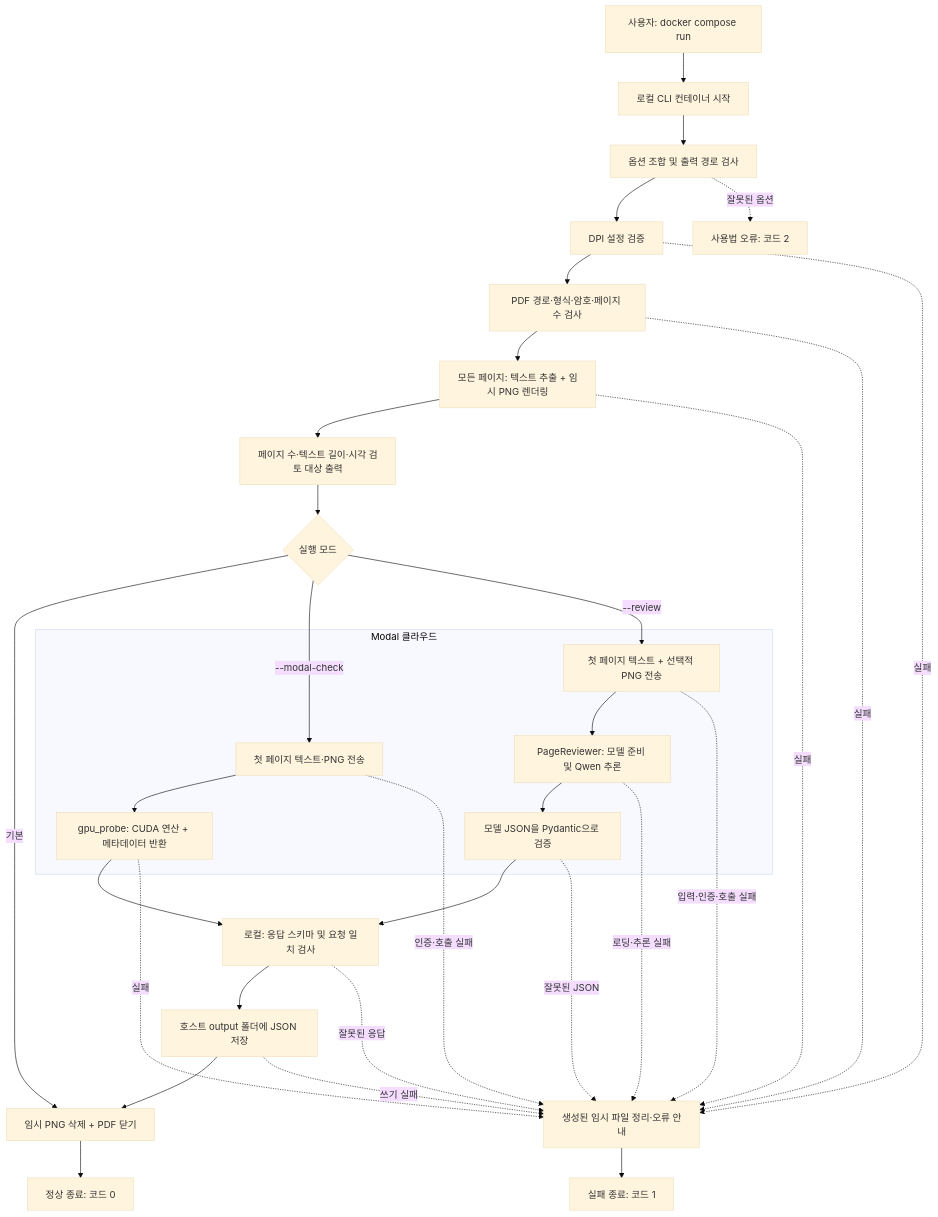
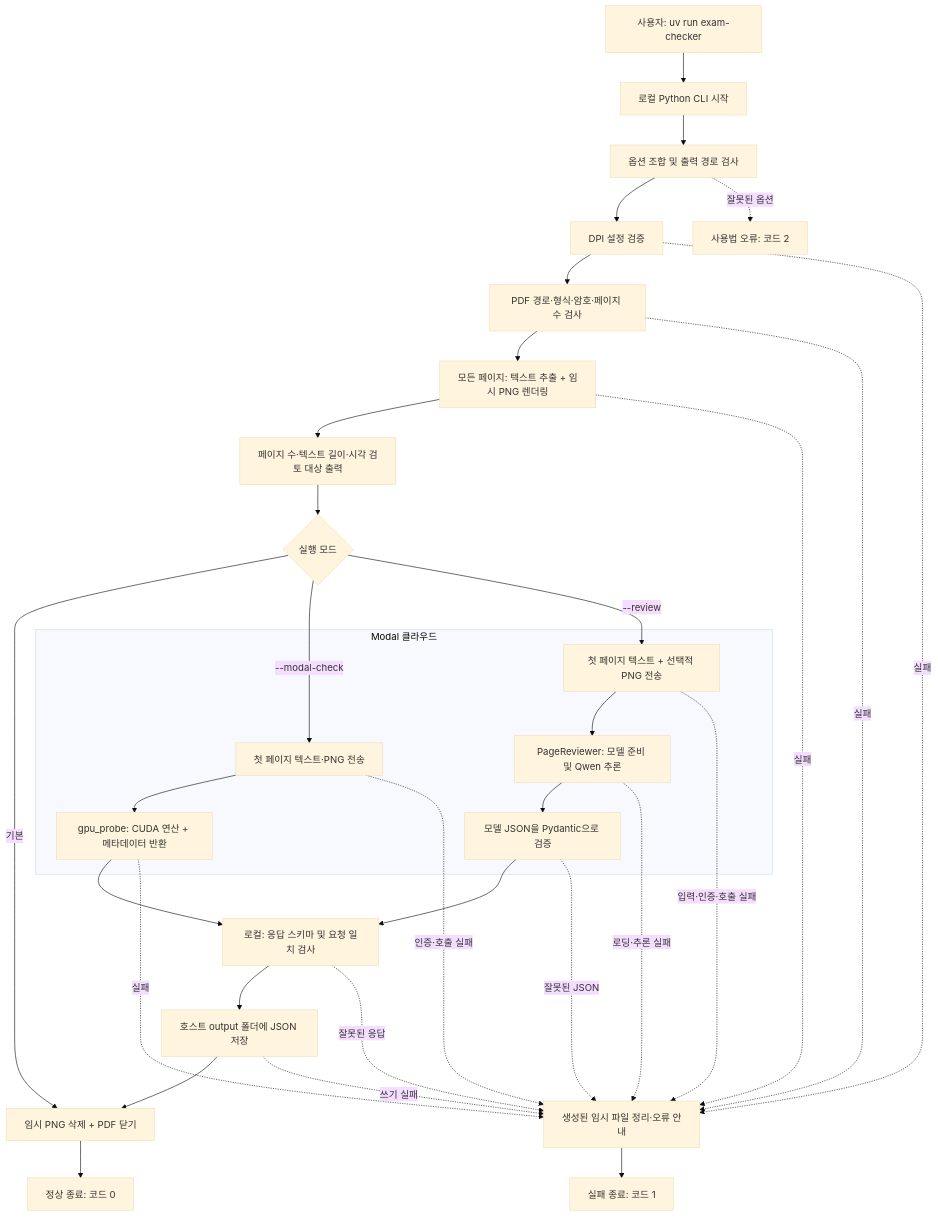
Before and after one commit to socratone/exam-review: the first of 2 diagrams in docs/cli-flow.md, drawn with Mermaid (base theme). The commit also changed other lines of this file and 23 other files, not shown here.

````diff
--- a/docs/cli-flow.md
+++ b/docs/cli-flow.md
@@ -32,38 +31,38 @@
 ```mermaid
 flowchart TD
-    Start["사용자: docker compose run"] --> Container["로컬 CLI 컨테이너 시작"]
+    Start["사용자: uv run exam-checker"] --> Container["로컬 Python CLI 시작"]
     Container --> Args["옵션 조합 및 출력 경로 검사"]
     Args --> Config["DPI 설정 검증"]
     Config --> PDF["PDF 경로·형식·암호·페이지 수 검사"]
     PDF --> Preprocess["모든 페이지: 텍스트 추출 + 임시 PNG 렌더링"]
     Preprocess --> Summary["페이지 수·텍스트 길이·시각 검토 대상 출력"]
     Summary --> Mode{"실행 모드"}
     Mode -->|"기본"| Cleanup["임시 PNG 삭제 + PDF 닫기"]
     Mode -->|"--modal-check"| Probe["첫 페이지 텍스트·PNG 전송"]
     Mode -->|"--review"| Payload["첫 페이지 텍스트 + 선택적 PNG 전송"]
 
     subgraph Cloud["Modal 클라우드"]
         Probe --> GPU["gpu_probe: CUDA 연산 + 메타데이터 반환"]
         Payload --> Reviewer["PageReviewer: 모델 준비 및 Qwen 추론"]
         Reviewer --> CloudSchema["모델 JSON을 Pydantic으로 검증"]
     end
 
     GPU --> Validate["로컬: 응답 스키마 및 요청 일치 검사"]
     CloudSchema --> Validate
     Validate --> Save["호스트 output 폴더에 JSON 저장"]
     Save --> Cleanup
     Cleanup --> Success["정상 종료: 코드 0"]
 
     Args -. "잘못된 옵션" .-> UsageError["사용법 오류: 코드 2"]
     Config -. "실패" .-> Error
     PDF -. "실패" .-> Error
     Preprocess -. "실패" .-> Error
     Probe -. "인증·호출 실패" .-> Error
     Payload -. "입력·인증·호출 실패" .-> Error
     GPU -. "실패" .-> Error
     Reviewer -. "로딩·추론 실패" .-> Error
     CloudSchema -. "잘못된 JSON" .-> Error
     Validate -. "잘못된 응답" .-> Error
     Save -. "쓰기 실패" .-> Error
     Error["생성된 임시 파일 정리·오류 안내"] --> Failure["실패 종료: 코드 1"]
 ```
````
